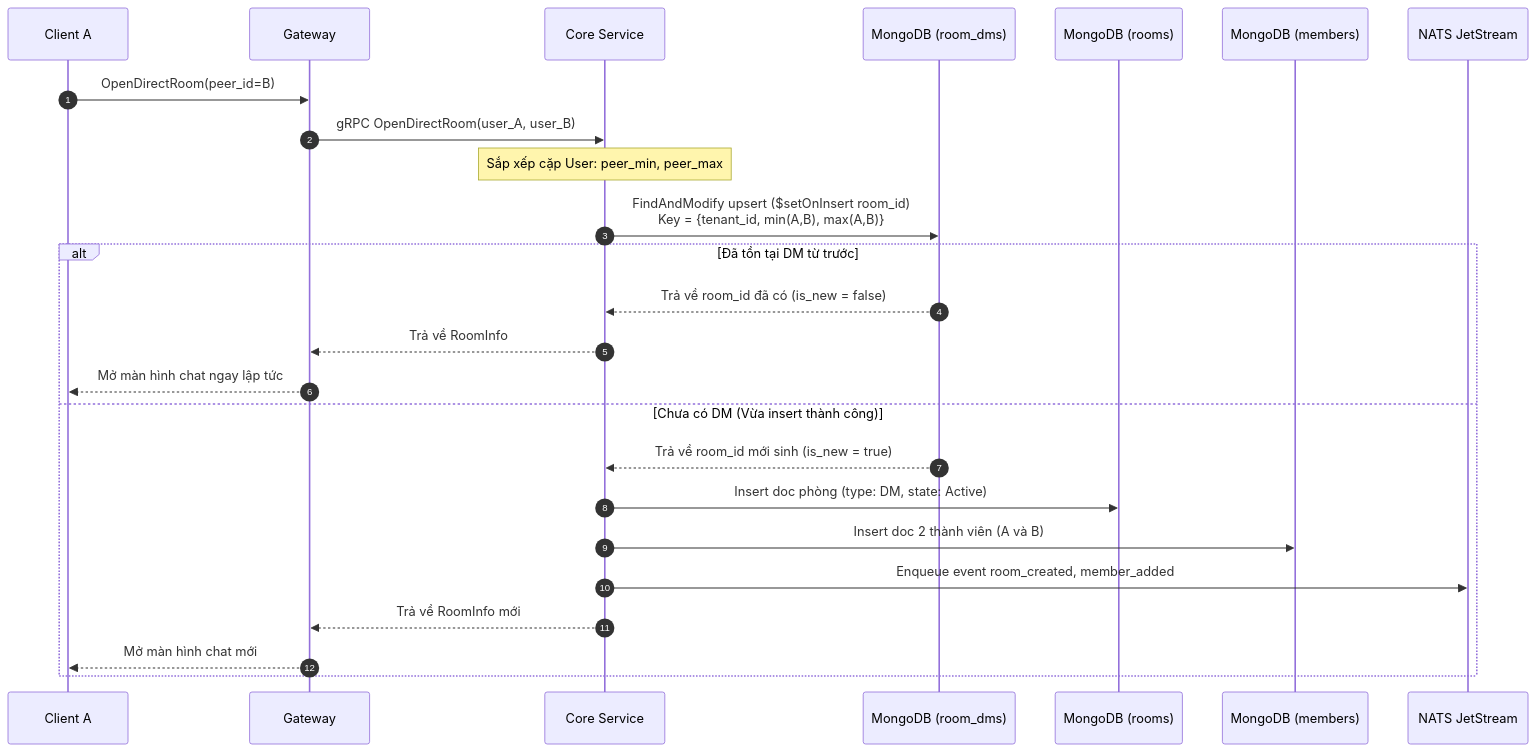
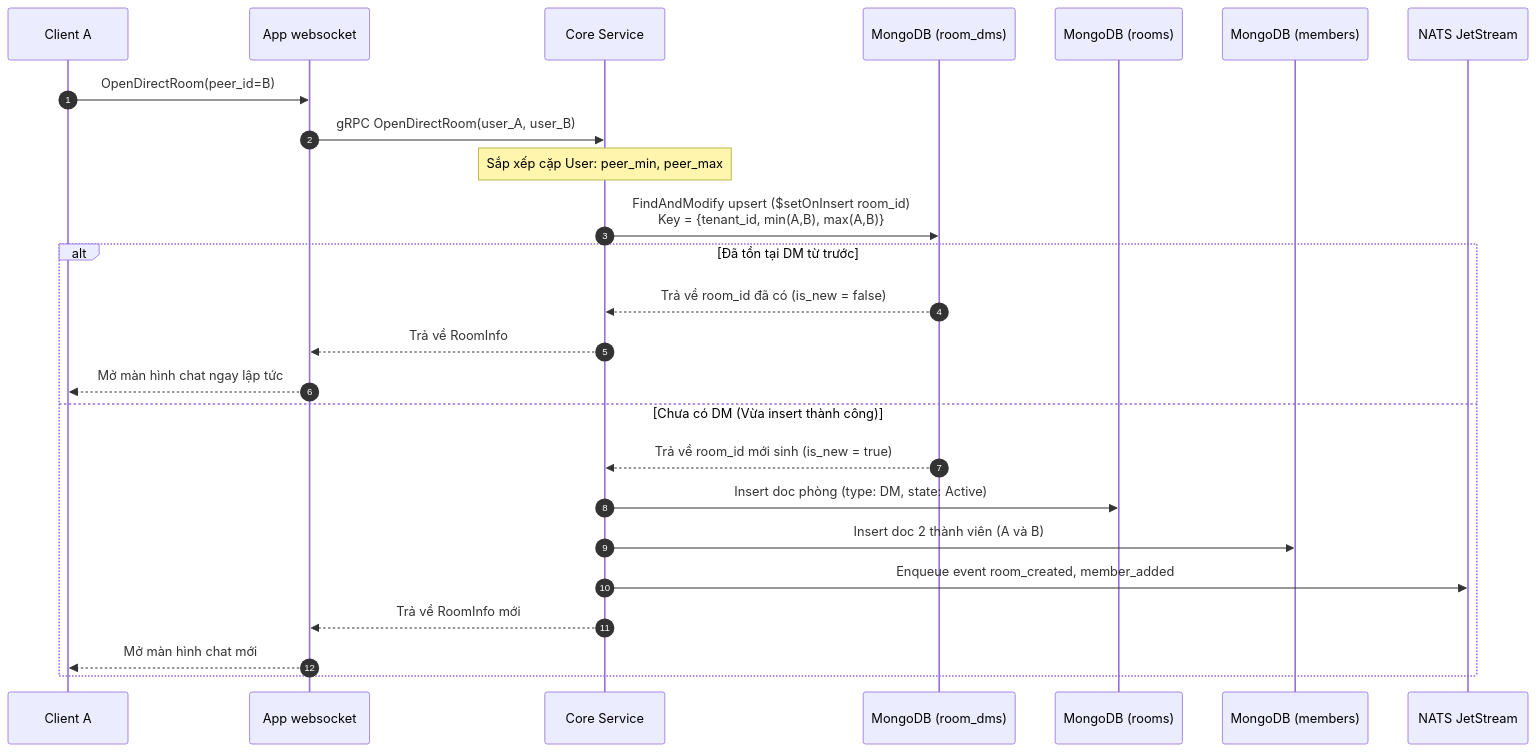
One commit to ivannguyendev/chatim changed the diagram in docs/modules/01-feature-rooms-dms-and-channels.md. Above: the diagram before and after it, drawn with Mermaid. The commit also changed other lines of this file and 10 other files, not shown here.

First line of the commit message:
docs: rename gateway to websocket and route Inbox reads through the LB

````diff
--- a/docs/modules/01-feature-rooms-dms-and-channels.md
+++ b/docs/modules/01-feature-rooms-dms-and-channels.md
@@ -24,28 +24,28 @@
 ```mermaid
 sequenceDiagram
     autonumber
     participant ClientA as Client A
-    participant GW as Gateway
+    participant GW as App websocket
     participant Core as Core Service
     participant DMS as MongoDB (room_dms)
     participant Rooms as MongoDB (rooms)
     participant Members as MongoDB (members)
     participant Bus as NATS JetStream
 
     ClientA->>GW: OpenDirectRoom(peer_id=B)
     GW->>Core: gRPC OpenDirectRoom(user_A, user_B)
     Note over Core: Sắp xếp cặp User: peer_min, peer_max
     Core->>DMS: FindAndModify upsert ($setOnInsert room_id)<br/>Key = {tenant_id, min(A,B), max(A,B)}
     alt Đã tồn tại DM từ trước
         DMS-->>Core: Trả về room_id đã có (is_new = false)
         Core-->>GW: Trả về RoomInfo
         GW-->>ClientA: Mở màn hình chat ngay lập tức
     else Chưa có DM (Vừa insert thành công)
         DMS-->>Core: Trả về room_id mới sinh (is_new = true)
         Core->>Rooms: Insert doc phòng (type: DM, state: Active)
         Core->>Members: Insert doc 2 thành viên (A và B)
         Core->>Bus: Enqueue event room_created, member_added
         Core-->>GW: Trả về RoomInfo mới
         GW-->>ClientA: Mở màn hình chat mới
     end
 ```
````
